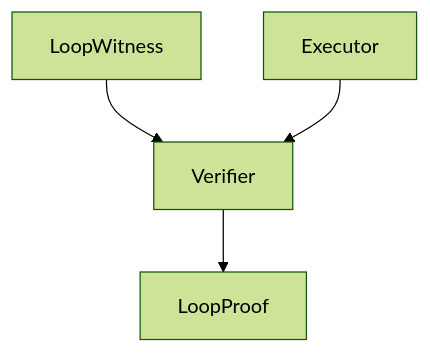
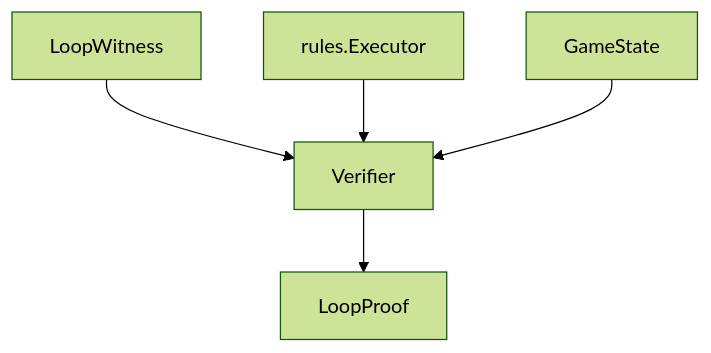
Before and after one commit to witzbeck/mtg-loop-engine: the diagram in src/mtg_loop_engine/verify/README.md, drawn with Mermaid (forest theme). The commit also changed other lines of this file and 65 other files, not shown here.

````diff
--- a/src/mtg_loop_engine/verify/README.md
+++ b/src/mtg_loop_engine/verify/README.md
@@ -9,6 +13,7 @@
 ```mermaid
 graph TB;
   witness[LoopWitness] --> verifier[Verifier];
-  executor[Executor] --> verifier;
+  executor[rules.Executor] --> verifier;
+  state[GameState] --> verifier;
   verifier --> proof[LoopProof];
 ```
````
